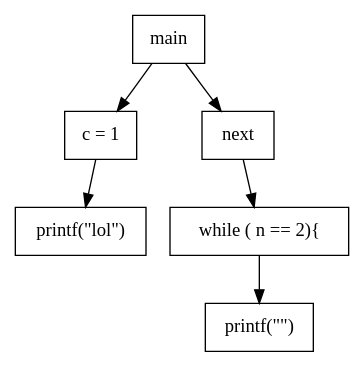
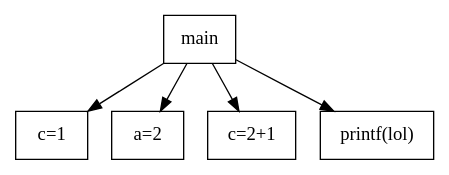
One commit to Naindeep-Singh/code_format changed the diagram in input.dot. Above: the diagram before and after it, drawn with Graphviz. The commit also changed 6 other files, not shown here.

```diff
--- a/input.dot
+++ b/input.dot
@@ -1,16 +1,14 @@
-digraph G {
-  node[shape=box]
+digraph G{
+node[shape=box]
 
-  0 [label="main"]
-  1 [label="c = 1"]
-  2 [label="printf(\"lol\")"]
-  3 [label="next"]
-  4 [label="while ( n == 2){"]
-  5 [label="printf(\"\")"]
+0 [label="main"]
+1 [label="c=1"]
+2 [label="a=2"]
+3 [label="c=2+1"]
+4 [label="printf(lol)"]
 
-  0 -> 1
-  1 -> 2
-  0 -> 3
-  3 -> 4
-  4 -> 5
+0 -> 1
+0 -> 2
+0 -> 3
+0 -> 4
 }
```
